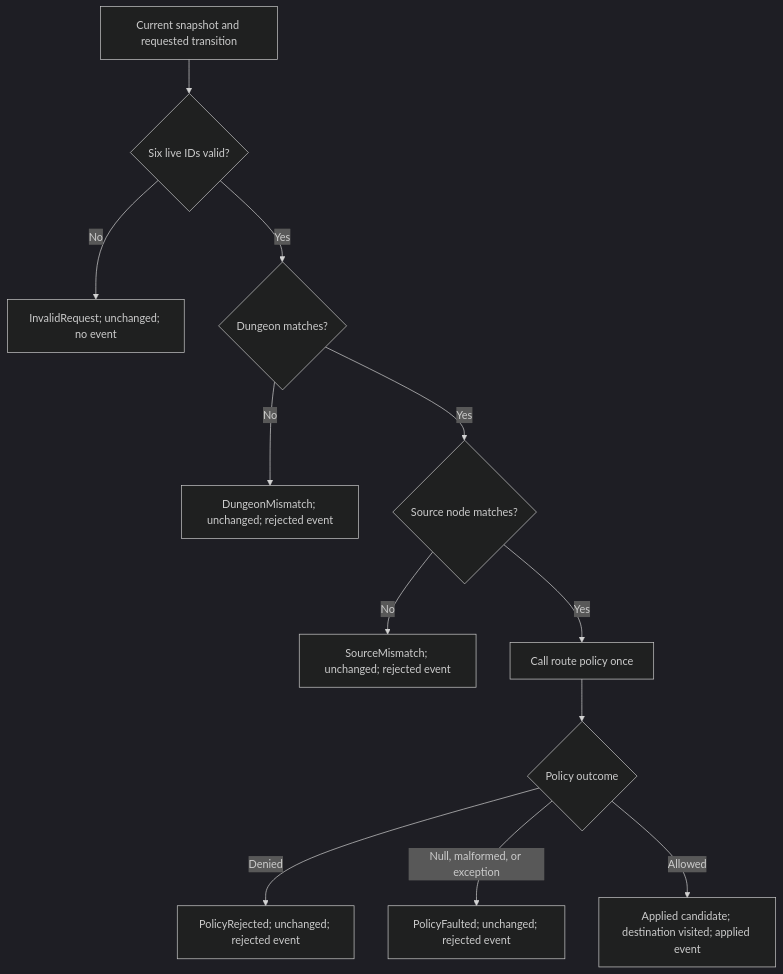
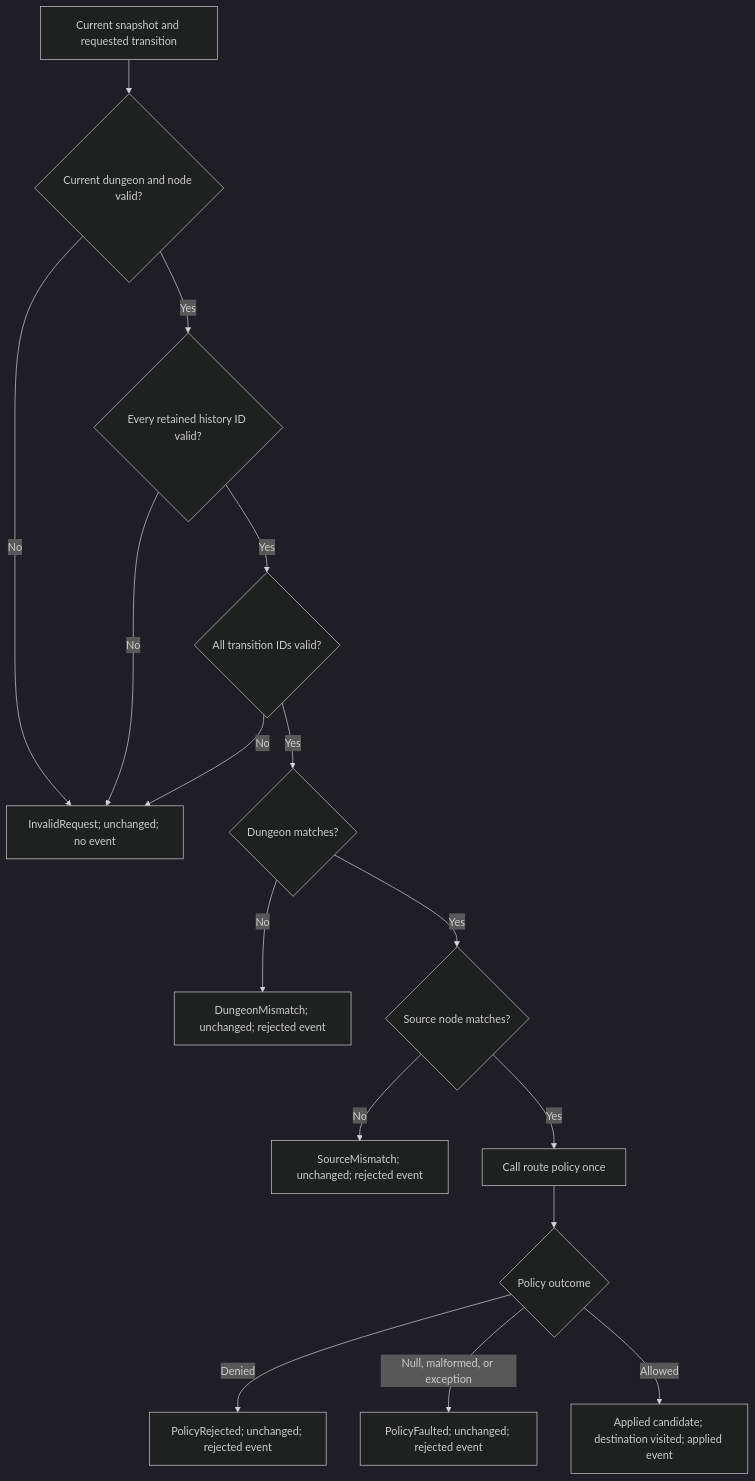
The first of 3 diagrams in docs/technical/dungeon-traversal-runtime.md (KayelC/Convergence), drawn with Mermaid (dark theme) before and after one commit. The commit also changed other lines of this file and 11 other files, not shown here.

````diff
--- a/docs/technical/dungeon-traversal-runtime.md
+++ b/docs/technical/dungeon-traversal-runtime.md
@@ -20,14 +20,18 @@
 ```mermaid
 flowchart TD
-    A[Current snapshot and requested transition] --> B{Six live IDs valid?}
+    A[Current snapshot and requested transition] --> B{Current dungeon and node valid?}
     B -- No --> C[InvalidRequest; unchanged; no event]
-    B -- Yes --> D{Dungeon matches?}
-    D -- No --> E[DungeonMismatch; unchanged; rejected event]
-    D -- Yes --> F{Source node matches?}
-    F -- No --> G[SourceMismatch; unchanged; rejected event]
-    F -- Yes --> H[Call route policy once]
-    H --> I{Policy outcome}
-    I -- Denied --> J[PolicyRejected; unchanged; rejected event]
-    I -- Null, malformed, or exception --> K[PolicyFaulted; unchanged; rejected event]
-    I -- Allowed --> L[Applied candidate; destination visited; applied event]
+    B -- Yes --> D{Every retained history ID valid?}
+    D -- No --> C
+    D -- Yes --> E{All transition IDs valid?}
+    E -- No --> C
+    E -- Yes --> F{Dungeon matches?}
+    F -- No --> G[DungeonMismatch; unchanged; rejected event]
+    F -- Yes --> H{Source node matches?}
+    H -- No --> I[SourceMismatch; unchanged; rejected event]
+    H -- Yes --> J[Call route policy once]
+    J --> K{Policy outcome}
+    K -- Denied --> L[PolicyRejected; unchanged; rejected event]
+    K -- Null, malformed, or exception --> M[PolicyFaulted; unchanged; rejected event]
+    K -- Allowed --> N[Applied candidate; destination visited; applied event]
 ```
````
